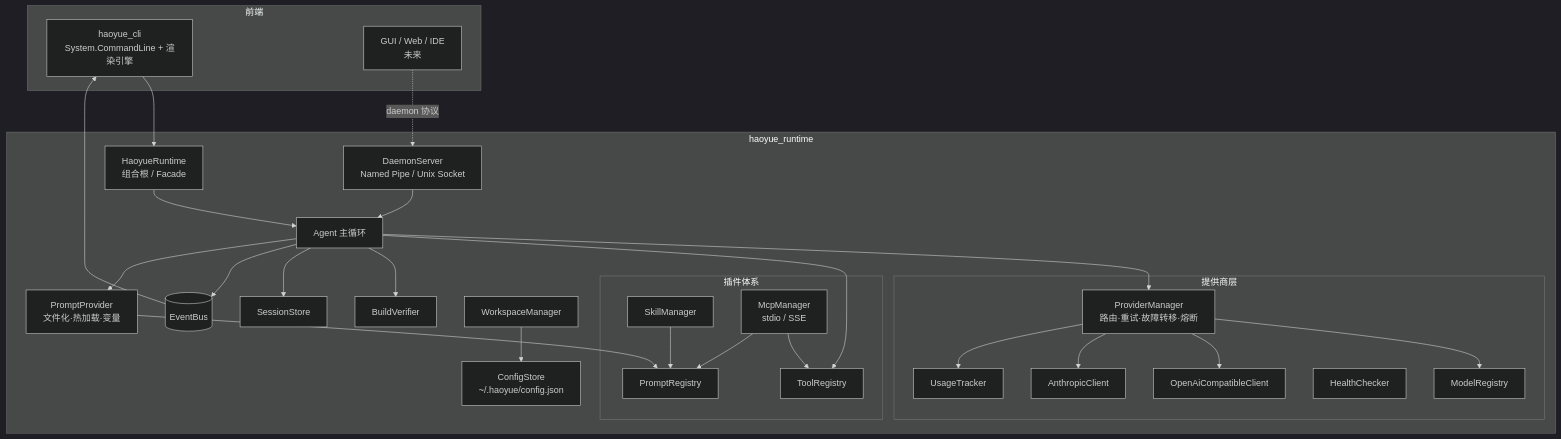
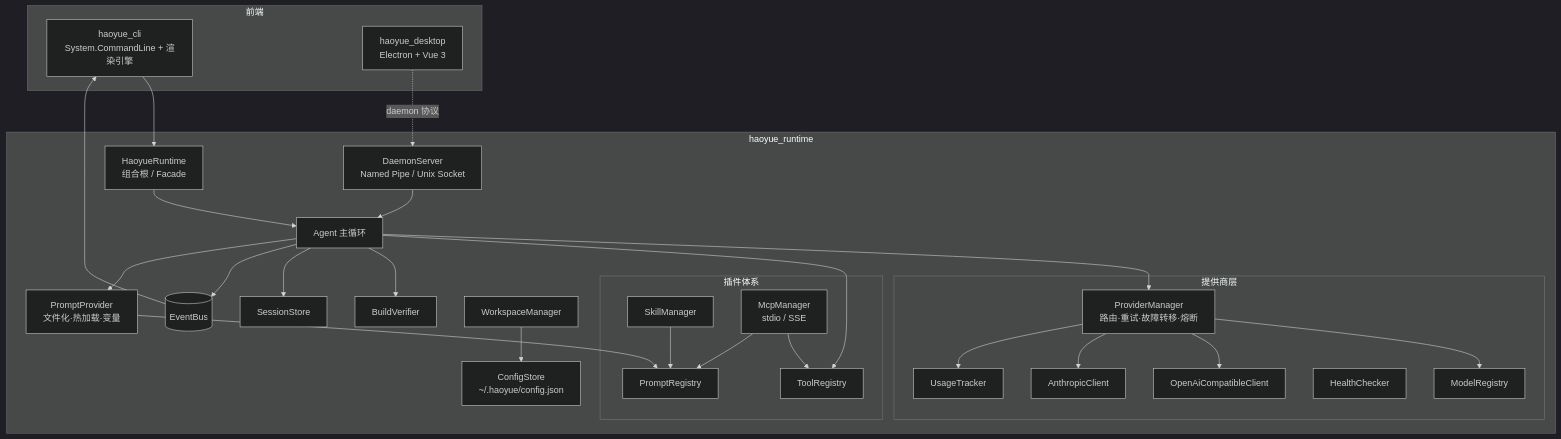
The diagram in README.md (Laogaodhck/haoyue), drawn with Mermaid (dark theme) before and after one commit. The commit also changed other lines of this file, not shown here.

````diff
--- a/README.md
+++ b/README.md
@@ -134,54 +159,54 @@
 ```mermaid
 flowchart TD
     subgraph Frontends[前端]
         CLI[haoyue_cli<br/>System.CommandLine + 渲染引擎]
-        GUI[GUI / Web / IDE<br/>未来]
+        DESKTOP[haoyue_desktop<br/>Electron + Vue 3]
     end
 
     subgraph Runtime[haoyue_runtime]
         Facade[HaoyueRuntime<br/>组合根 / Facade]
         Agent[Agent 主循环]
         Bus[(EventBus)]
         subgraph Provider[提供商层]
             PM[ProviderManager<br/>路由·重试·故障转移·熔断]
             MR[ModelRegistry]
             OAI[OpenAiCompatibleClient]
             ANT[AnthropicClient]
             HC[HealthChecker]
             UT[UsageTracker]
         end
         subgraph Plugins[插件体系]
             TR[ToolRegistry]
             PR[PromptRegistry]
             SK[SkillManager]
             MCP[McpManager<br/>stdio / SSE]
         end
         PP[PromptProvider<br/>文件化·热加载·变量]
         WS[WorkspaceManager]
         SS[SessionStore]
         VF[BuildVerifier]
         CFG[ConfigStore<br/>~/.haoyue/config.json]
         DMN[DaemonServer<br/>Named Pipe / Unix Socket]
     end
 
     CLI --> Facade
-    GUI -. daemon 协议 .-> DMN
+    DESKTOP -. daemon 协议 .-> DMN
     DMN --> Agent
     Facade --> Agent
     Agent --> PM
     Agent --> TR
     Agent --> VF
     Agent --> SS
     Agent --> Bus
     PM --> MR
     PM --> OAI
     PM --> ANT
     PM --> UT
     SK --> PR
     MCP --> TR
     MCP --> PR
     Agent --> PP
     PP --> PR
     WS --> CFG
     Bus --> CLI
 ```
````
